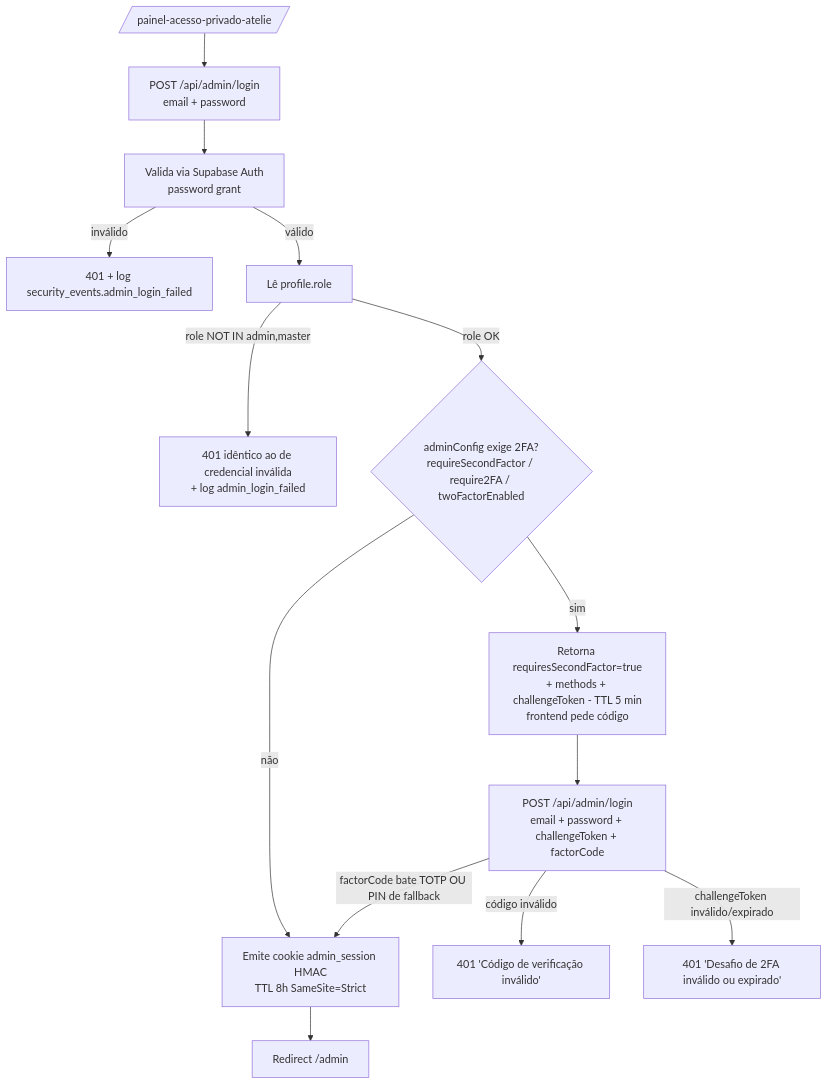
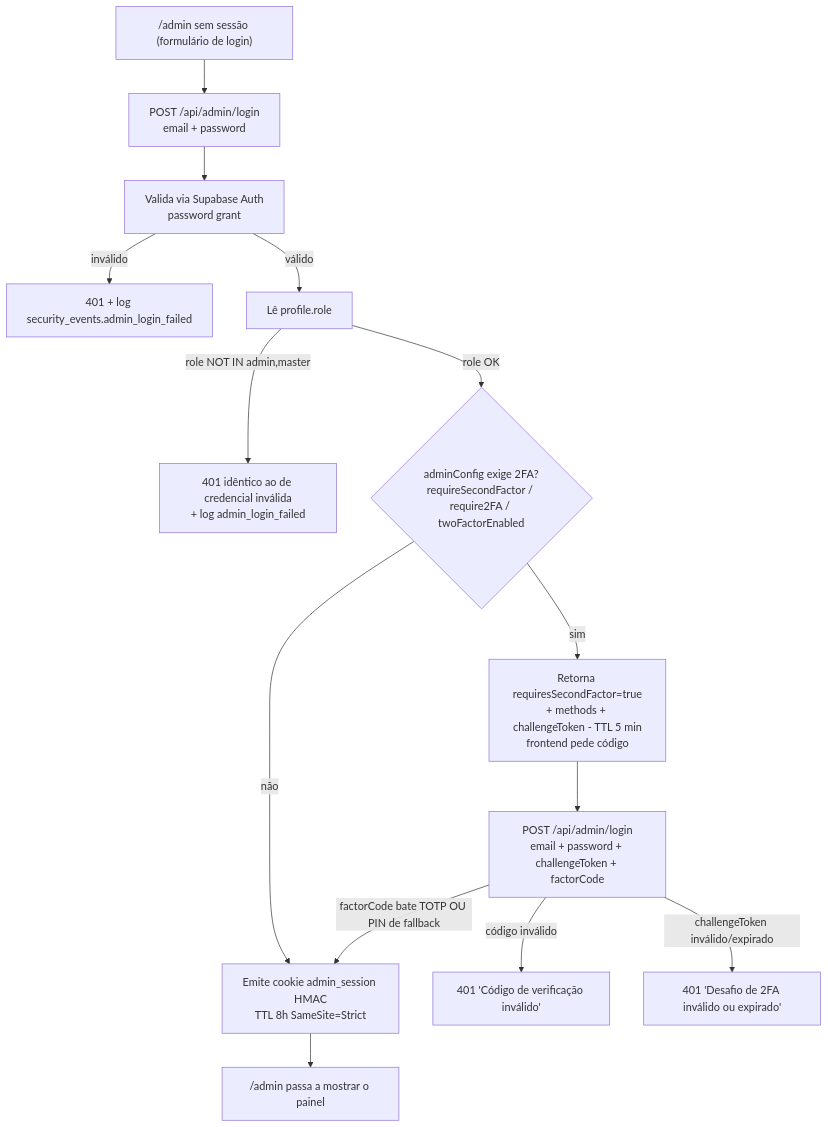
The fourth of 10 diagrams in docs/ProjectDocs/05-FLUXOS.md (JoaoLuisC/Atelie-escolar), drawn with Mermaid before and after one commit. The commit also changed 142 other files, not shown here.

First line of the commit message:
fix: corrige os achados da validacao no navegador, e o login admin vai para /admin

````diff
--- a/docs/ProjectDocs/05-FLUXOS.md
+++ b/docs/ProjectDocs/05-FLUXOS.md
@@ -116,18 +116,18 @@
 ```mermaid
 flowchart TD
-    A[/painel-acesso-privado-atelie/] --> B[POST /api/admin/login<br/>email + password]
+    A["/admin sem sessão (formulário de login)"] --> B[POST /api/admin/login<br/>email + password]
     B --> C[Valida via Supabase Auth<br/>password grant]
     C -->|inválido| C1[401 + log security_events.admin_login_failed]
     C -->|válido| D[Lê profile.role]
     D -->|role NOT IN admin,master| D1[401 idêntico ao de credencial inválida<br/>+ log admin_login_failed]
     D -->|role OK| E{adminConfig exige 2FA?<br/>requireSecondFactor / require2FA / twoFactorEnabled}
 
     E -->|não| F[Emite cookie admin_session HMAC<br/>TTL 8h SameSite=Strict]
-    F --> Z[Redirect /admin]
+    F --> Z["/admin passa a mostrar o painel"]
 
     E -->|sim| G[Retorna requiresSecondFactor=true<br/>+ methods + challengeToken - TTL 5 min<br/>frontend pede código]
     G --> H[POST /api/admin/login<br/>email + password + challengeToken + factorCode]
     H -->|factorCode bate TOTP OU PIN de fallback| F
     H -->|código inválido| I1[401 'Código de verificação inválido']
     H -->|challengeToken inválido/expirado| I2[401 'Desafio de 2FA inválido ou expirado']
 ```
````
